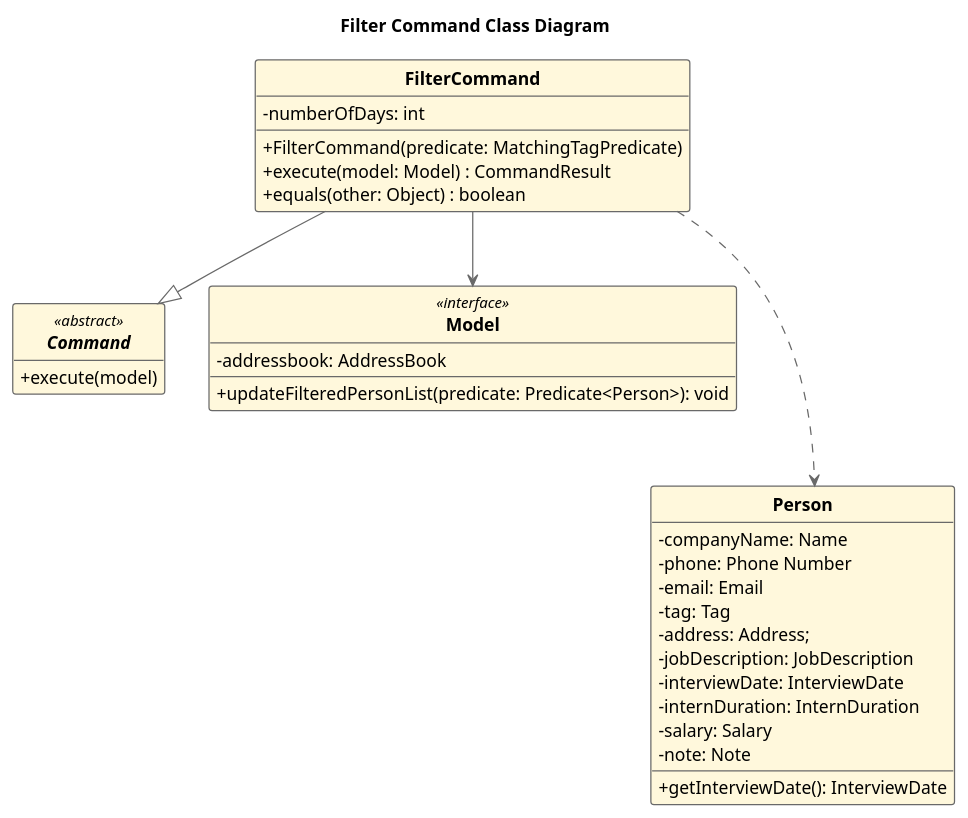
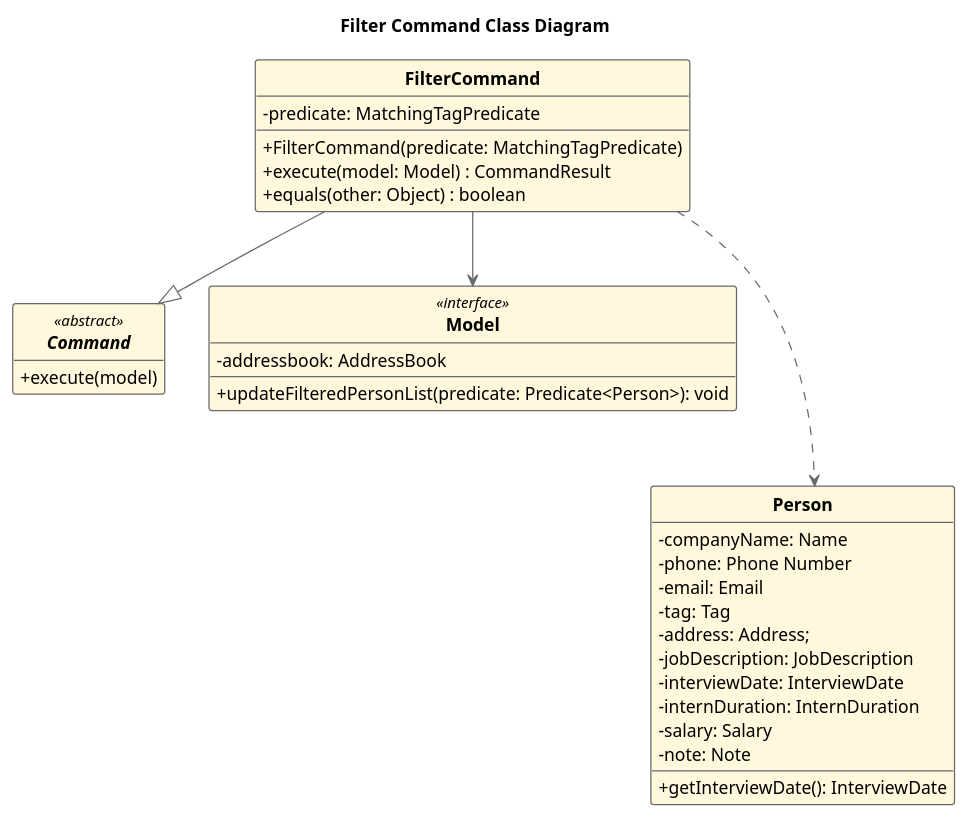
The diagram in docs/diagrams/FilterCommandClassDiagram.puml (eunrcn/tp), drawn with PlantUML before and after one commit. The commit also changed 1 other file, not shown here.

Commit message:
Minor diagram edits

```diff
--- a/docs/diagrams/FilterCommandClassDiagram.puml
+++ b/docs/diagrams/FilterCommandClassDiagram.puml
@@ -1,57 +1,57 @@
 @startuml
 
 hide empty attributes
 hide empty methods
 hide circle
 
 skinparam shadowing false
 skinparam classFontStyle Bold
 skinparam ActivityBackgroundColor Silver
 skinparam ActivityBorderColor DimGray
 
 skinparam classAttributeIconSize 0
 
 skinparam class {
     BackgroundColor Cornsilk
     ArrowColor DimGray
     BorderThickness 1
     BorderColor DimGray
 }
 
 title "Filter Command Class Diagram"
 
 class "FilterCommand" as Object\FilterCommand {
-     - numberOfDays: int
+     - predicate: MatchingTagPredicate
      + FilterCommand(predicate: MatchingTagPredicate)
      + execute(model: Model) : CommandResult
      + equals(other: Object) : boolean
 }
 
 Interface "Command" as Object\Command <<abstract>> {
     + execute(model)
 }
 
 class "Model" as Object\Model <<interface>> {
     - addressbook: AddressBook
     + updateFilteredPersonList(predicate: Predicate<Person>): void
 }
 
 class "Person" as Object\Person {
     - companyName: Name
     - phone: Phone Number
     - email: Email
     - tag: Tag
     - address: Address;
     - jobDescription: JobDescription
     - interviewDate: InterviewDate
     - internDuration: InternDuration
     - salary: Salary
     - note: Note
     + getInterviewDate(): InterviewDate
 }
 
 Object\FilterCommand --> Object\Model
 Object\FilterCommand ...> Object\Person
 Object\FilterCommand --|> Object\Command
 
 @enduml
```
